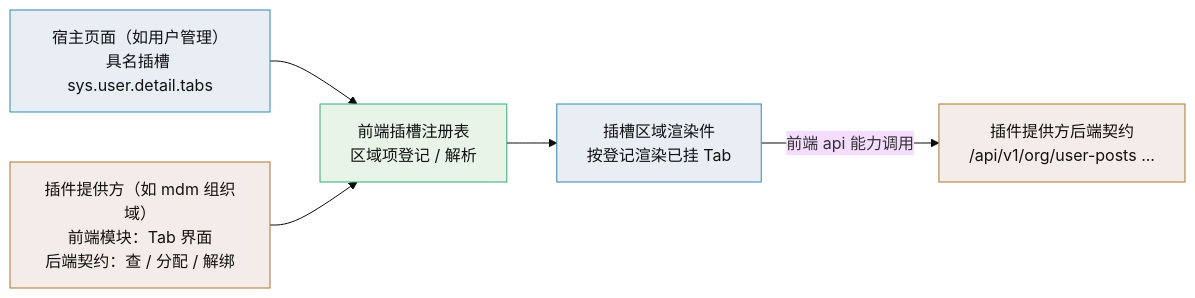
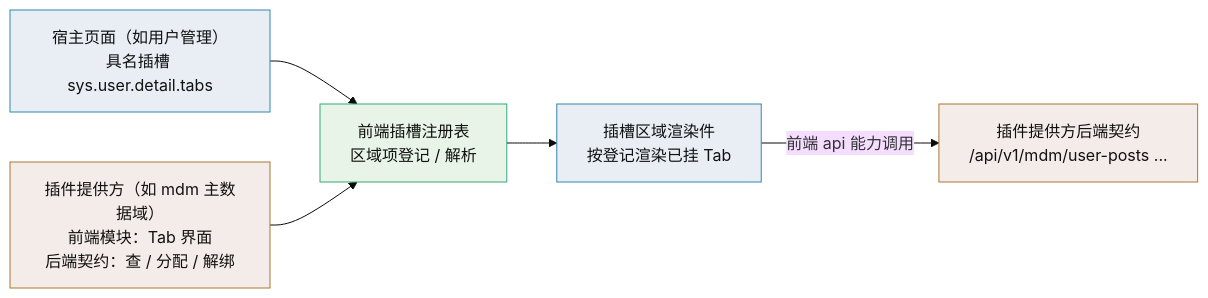
One commit to minjian123/basic-management-system changed the sixth of 6 diagrams in bms文档/设计/架构设计/10_架构设计_子系统_扩展点与插件化.md. Above: the diagram before and after it, drawn with Mermaid (base theme). The commit also changed other lines of this file and 501 other files, not shown here.

````diff
--- a/bms文档/设计/架构设计/10_架构设计_子系统_扩展点与插件化.md
+++ b/bms文档/设计/架构设计/10_架构设计_子系统_扩展点与插件化.md
@@ -296,10 +296,10 @@
 ```mermaid
 flowchart LR
     HOST["宿主页面（如用户管理）<br/>具名插槽 sys.user.detail.tabs"]:::h --> REG["前端插槽注册表<br/>区域项登记 / 解析"]:::r
-    PLUGIN["插件提供方（如 mdm 组织域）<br/>前端模块：Tab 界面<br/>后端契约：查 / 分配 / 解绑"]:::p --> REG
+    PLUGIN["插件提供方（如 mdm 主数据域）<br/>前端模块：Tab 界面<br/>后端契约：查 / 分配 / 解绑"]:::p --> REG
     REG --> RENDER["插槽区域渲染件<br/>按登记渲染已挂 Tab"]:::h
-    RENDER -->|前端 api 能力调用| API["插件提供方后端契约<br/>/api/v1/org/user-posts ..."]:::p
+    RENDER -->|前端 api 能力调用| API["插件提供方后端契约<br/>/api/v1/mdm/user-posts ..."]:::p
     classDef h fill:#e8eef4,stroke:#38a,color:#111
     classDef r fill:#e8f4e8,stroke:#3a7,color:#111
     classDef p fill:#f4ece8,stroke:#a73,color:#111
 ```
````
